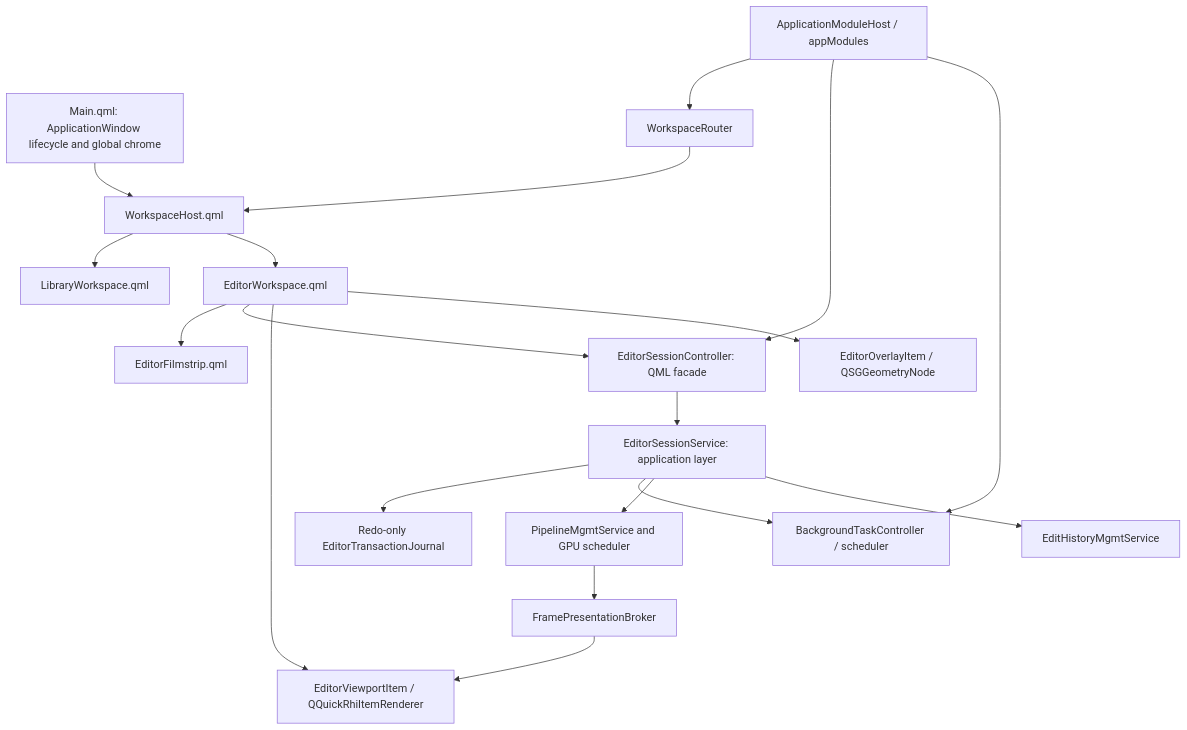
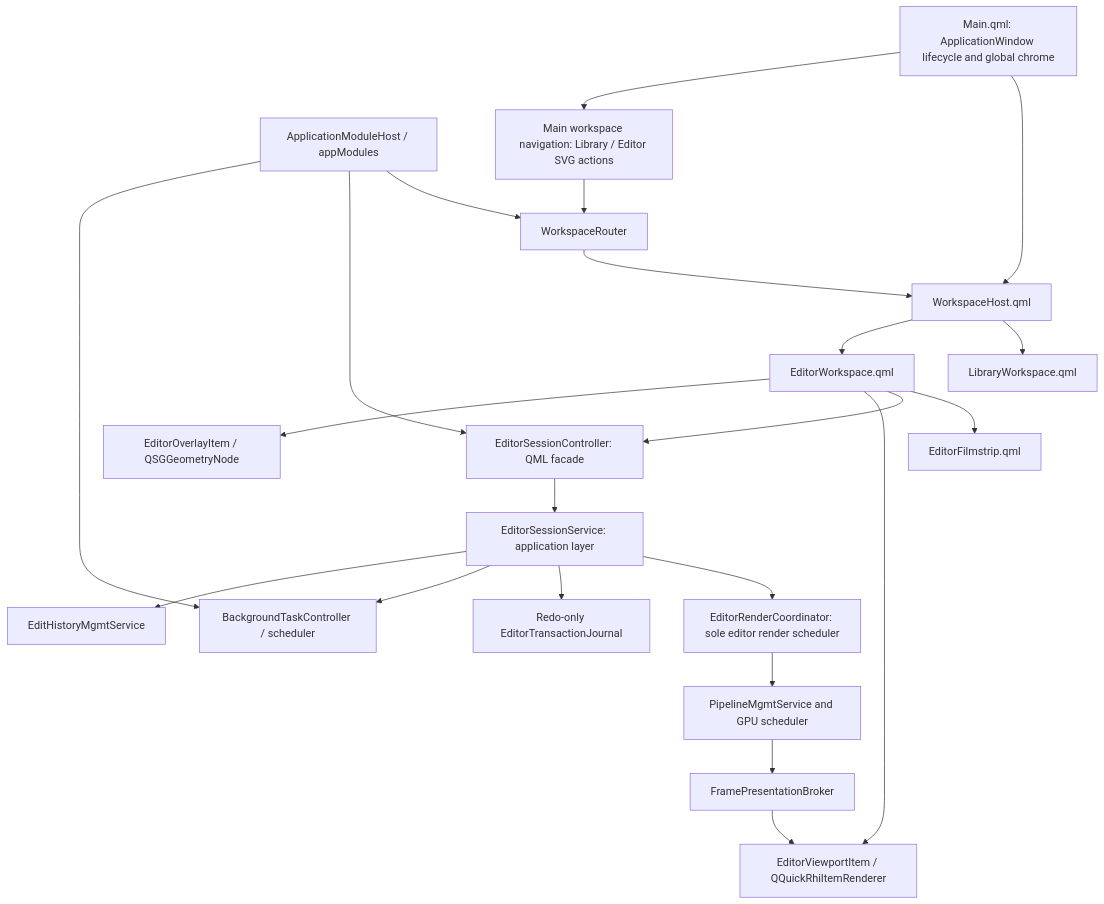
One commit to zidage/AlcedoStudio changed the diagram in docs/roadmap/alcedo_studio/ui/qml_editor_rhi_unified_workspace_plan.md. Above: the diagram before and after it, drawn with Mermaid. The commit also changed other lines of this file and 12 other files, not shown here.

````diff
--- a/docs/roadmap/alcedo_studio/ui/qml_editor_rhi_unified_workspace_plan.md
+++ b/docs/roadmap/alcedo_studio/ui/qml_editor_rhi_unified_workspace_plan.md
@@ -281,38 +313,43 @@
 ```mermaid
 flowchart TD
     Modules["ApplicationModuleHost / appModules"]
     Main["Main.qml: ApplicationWindow lifecycle and global chrome"]
+    WorkspaceNav["Main workspace navigation: Library / Editor SVG actions"]
     WorkspaceHost["WorkspaceHost.qml"]
     Router["WorkspaceRouter"]
     Library["LibraryWorkspace.qml"]
     Editor["EditorWorkspace.qml"]
     Filmstrip["EditorFilmstrip.qml"]
     UiController["EditorSessionController: QML facade"]
     SessionService["EditorSessionService: application layer"]
+    RenderCoordinator["EditorRenderCoordinator: sole editor render scheduler"]
     Journal["Redo-only EditorTransactionJournal"]
     Tasks["BackgroundTaskController / scheduler"]
     Pipeline["PipelineMgmtService and GPU scheduler"]
     History["EditHistoryMgmtService"]
     Viewport["EditorViewportItem / QQuickRhiItemRenderer"]
     Overlay["EditorOverlayItem / QSGGeometryNode"]
     Broker["FramePresentationBroker"]
 
     Modules --> Router
     Modules --> UiController
     Modules --> Tasks
     Main --> WorkspaceHost
+    Main --> WorkspaceNav
+    WorkspaceNav --> Router
     Router --> WorkspaceHost
     WorkspaceHost --> Library
     WorkspaceHost --> Editor
     Editor --> Filmstrip
     Editor --> UiController
     Editor --> Viewport
     Editor --> Overlay
     UiController --> SessionService
+    SessionService --> RenderCoordinator
     SessionService --> Journal
     SessionService --> Tasks
-    SessionService --> Pipeline
+    RenderCoordinator --> Pipeline
     SessionService --> History
     Pipeline --> Broker
     Broker --> Viewport
 ```
````
